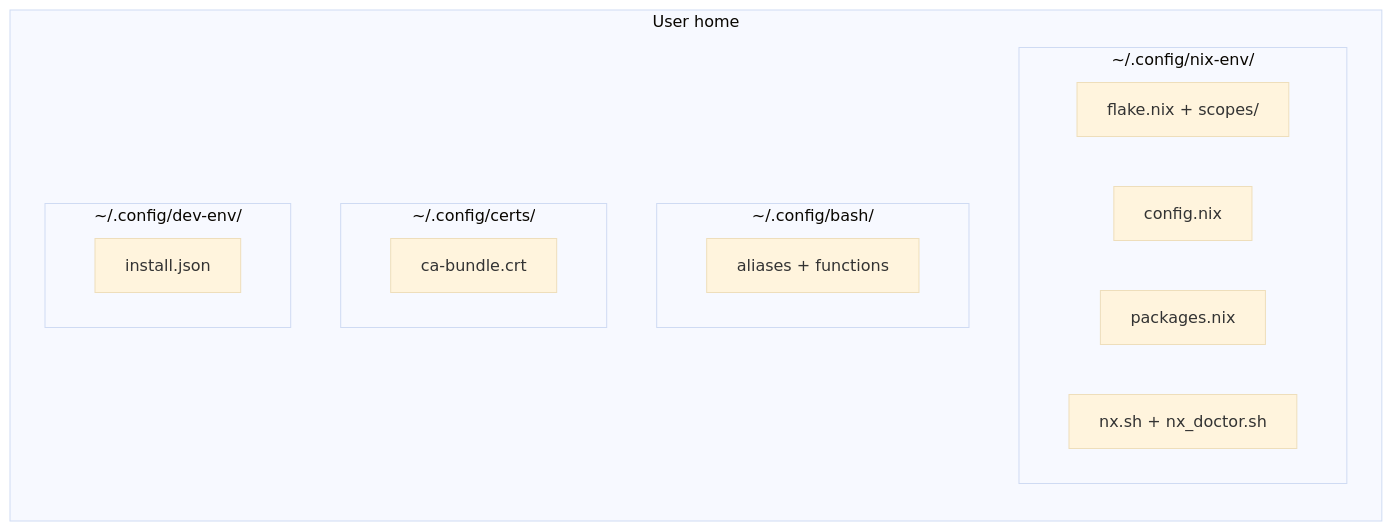
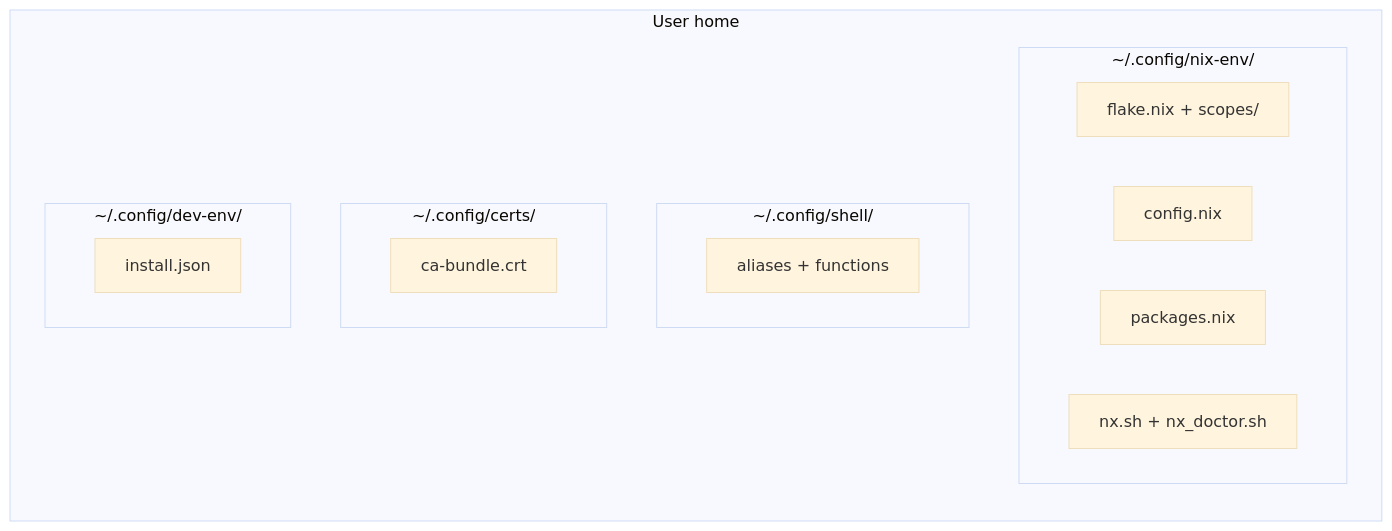
The fourth of 4 diagrams in docs/architecture.md (szymonos/envy-nx), drawn with Mermaid (base theme) before and after one commit. The commit also changed other lines of this file and 9 other files, not shown here.

Commit message:
docs: update CHANGELOG, ARCHITECTURE, and docs for 1.2.0

````diff
--- a/docs/architecture.md
+++ b/docs/architecture.md
@@ -194,20 +194,20 @@
 ```mermaid
 flowchart LR
     subgraph home["User home"]
         subgraph nix_env["~/.config/nix-env/"]
             F["flake.nix + scopes/"]
             C["config.nix"]
             P["packages.nix"]
             NX["nx.sh + nx_doctor.sh"]
         end
-        subgraph bash_cfg["~/.config/bash/"]
+        subgraph shell_cfg["~/.config/shell/"]
             A["aliases + functions"]
         end
         subgraph certs["~/.config/certs/"]
             CA["ca-bundle.crt"]
         end
         subgraph prov["~/.config/dev-env/"]
             IJ["install.json"]
         end
     end
 ```
````
